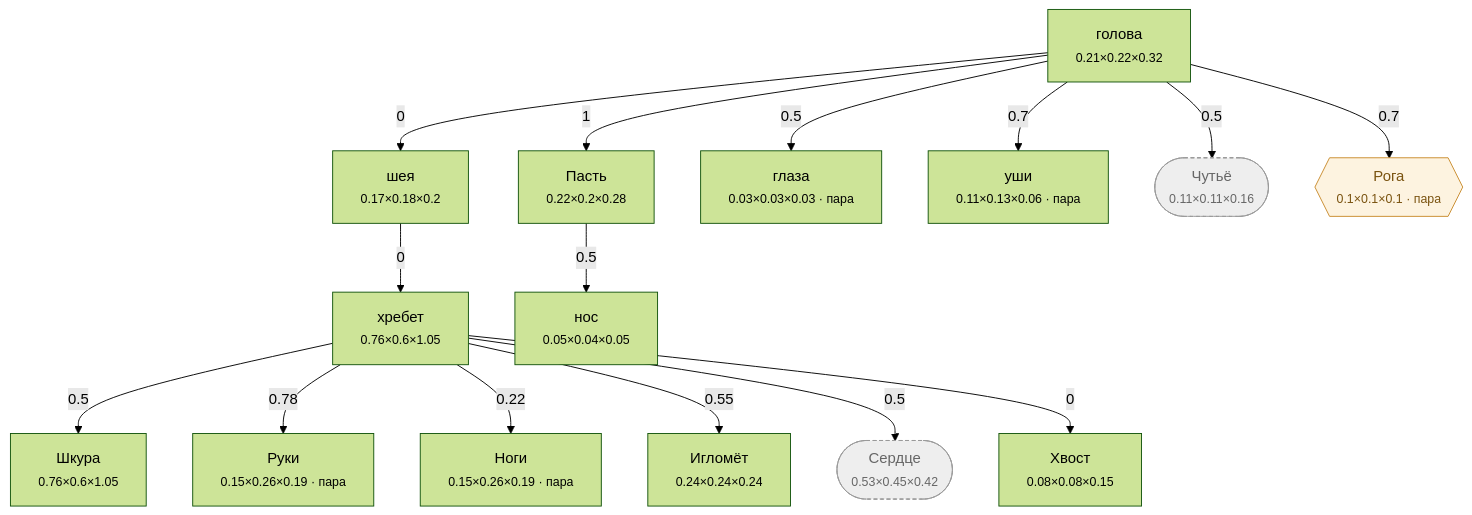
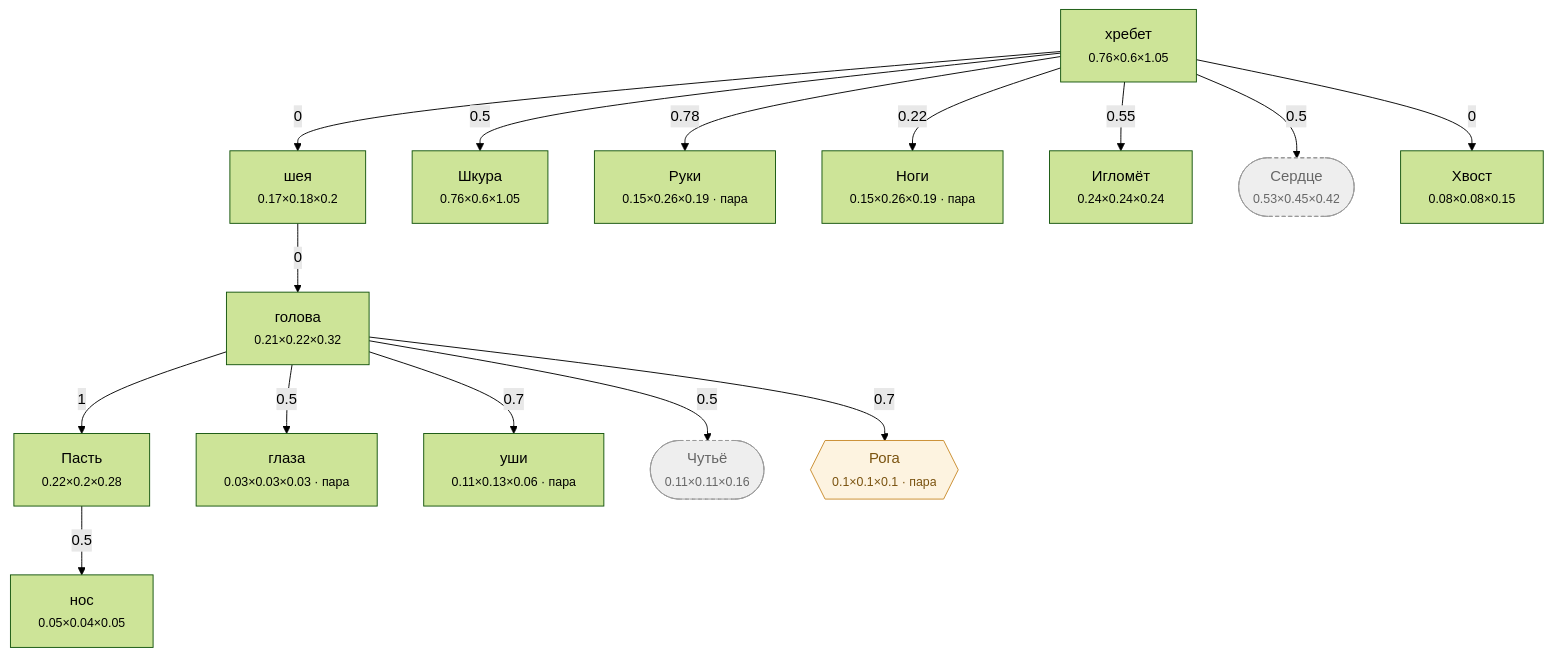
One commit to darklordshish/ChimeraEvolution-2026-06-26_15-29-59 changed the diagram in Docs/Диаграммы/Ёж.md. Above: the diagram before and after it, drawn with Mermaid (forest theme). The commit also changed other lines of this file and 6 other files, not shown here.

````diff
--- a/Docs/Диаграммы/Ёж.md
+++ b/Docs/Диаграммы/Ёж.md
@@ -160,39 +160,39 @@
 ```mermaid
 flowchart TD
     n0["хребет<br/><small>0.76×0.6×1.05</small>"]
     n1["шея<br/><small>0.17×0.18×0.2</small>"]
     n2["голова<br/><small>0.21×0.22×0.32</small>"]
     n3["нос<br/><small>0.05×0.04×0.05</small>"]
     n4["Пасть<br/><small>0.22×0.2×0.28</small>"]
     n5["глаза<br/><small>0.03×0.03×0.03 · пара</small>"]
     n6["уши<br/><small>0.11×0.13×0.06 · пара</small>"]
     n7["Шкура<br/><small>0.76×0.6×1.05</small>"]
     n8["Руки<br/><small>0.15×0.26×0.19 · пара</small>"]
     n9["Ноги<br/><small>0.15×0.26×0.19 · пара</small>"]
     n10["Игломёт<br/><small>0.24×0.24×0.24</small>"]
     n11(["Сердце<br/><small>0.53×0.45×0.42</small>"])
     n12(["Чутьё<br/><small>0.11×0.11×0.16</small>"])
     n13["Хвост<br/><small>0.08×0.08×0.15</small>"]
     n14{{"Рога<br/><small>0.1×0.1×0.1 · пара</small>"}}
 
-    n1 -->|0| n0
-    n2 -->|0| n1
+    n0 -->|0| n1
+    n1 -->|0| n2
     n4 -->|0.5| n3
     n2 -->|1| n4
     n2 -->|0.5| n5
     n2 -->|0.7| n6
     n0 -->|0.5| n7
     n0 -->|0.78| n8
     n0 -->|0.22| n9
     n0 -->|0.55| n10
     n0 -->|0.5| n11
     n2 -->|0.5| n12
     n0 -->|0| n13
     n2 -->|0.7| n14
 
     classDef hid fill:#eee,stroke:#999,stroke-dasharray:4 3,color:#666
     classDef gr fill:#fdf3e0,stroke:#c98a2b,color:#7a5310
     classDef ch fill:#e8f2ff,stroke:#3b74c4,color:#1c3f70
     class n11,n12 hid
     class n14 gr
 ```
````
